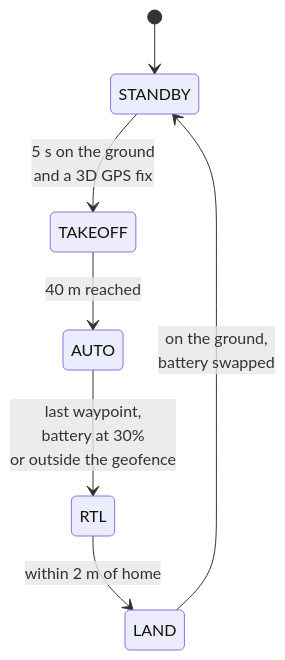
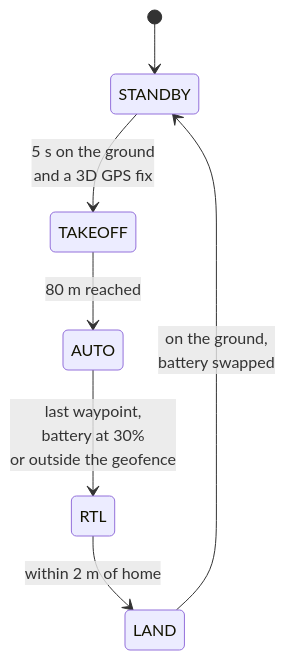
Before and after one commit to Nikita-Beliaiev/mini-gcs: the third of 5 diagrams in docs/architecture.md, drawn with Mermaid. The commit also changed other lines of this file and 8 other files, not shown here.

````diff
--- a/docs/architecture.md
+++ b/docs/architecture.md
@@ -108,9 +108,9 @@
 ```mermaid
 stateDiagram-v2
   [*] --> STANDBY
   STANDBY --> TAKEOFF: 5 s on the ground<br/>and a 3D GPS fix
-  TAKEOFF --> AUTO: 40 m reached
+  TAKEOFF --> AUTO: 80 m reached
   AUTO --> RTL: last waypoint,<br/>battery at 30%<br/>or outside the geofence
   RTL --> LAND: within 2 m of home
   LAND --> STANDBY: on the ground,<br/>battery swapped
 ```
````
